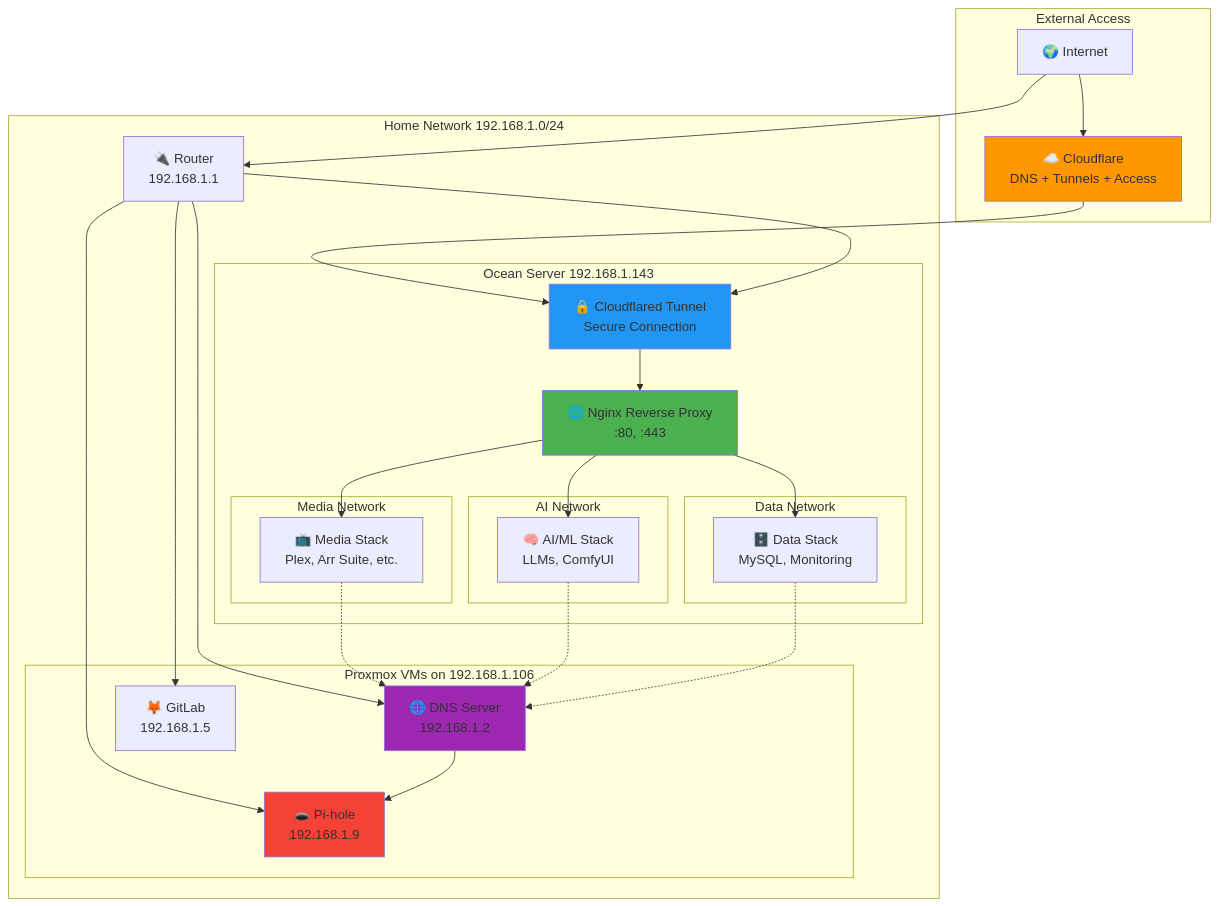
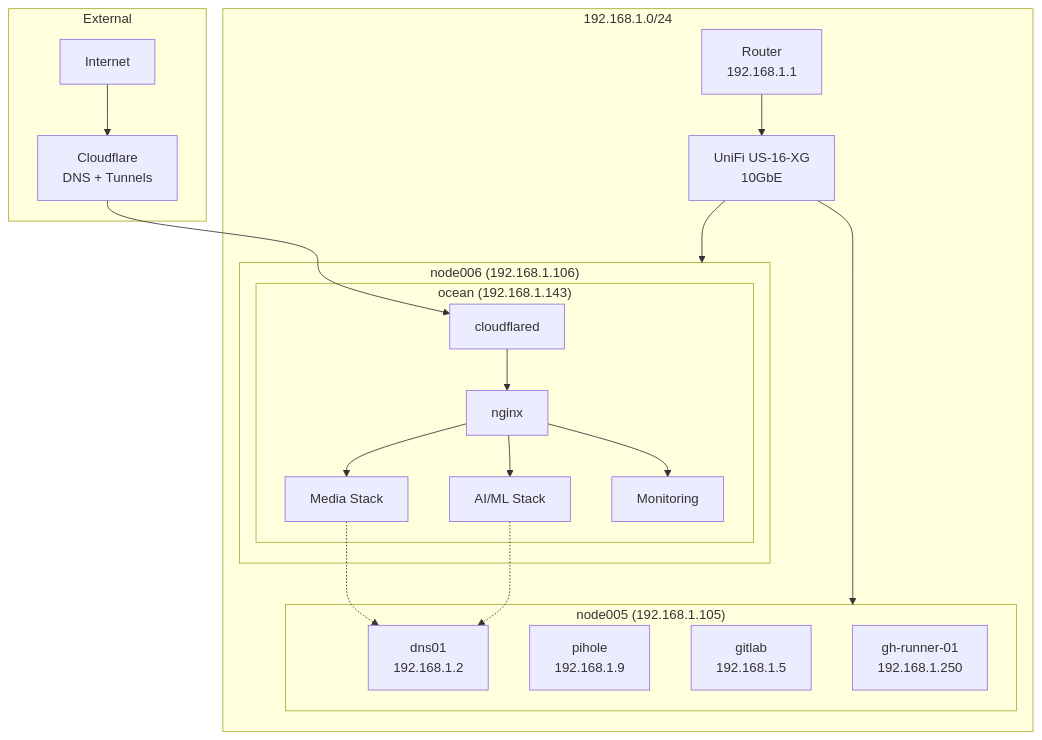
Before and after one commit to bluefishforsale/homelab: the diagram in docs/architecture/network-topology.md, drawn with Mermaid. The commit also changed other lines of this file and 73 other files, not shown here.

````diff
--- a/docs/architecture/network-topology.md
+++ b/docs/architecture/network-topology.md
@@ -3,58 +9,43 @@
 ```mermaid
 graph TB
-    subgraph "External Access"
-        Internet[🌍 Internet]
-        CF[☁️ Cloudflare<br/>DNS + Tunnels + Access]
+    subgraph External
+        Internet[Internet]
+        CF[Cloudflare<br/>DNS + Tunnels]
     end
     
-    subgraph "Home Network 192.168.1.0/24"
-        Router[🔌 Router<br/>192.168.1.1]
+    subgraph Network["192.168.1.0/24"]
+        Router[Router<br/>192.168.1.1]
+        Switch[UniFi US-16-XG<br/>10GbE]
         
-        subgraph "Ocean Server 192.168.1.143"
-            CFT[🔒 Cloudflared Tunnel<br/>Secure Connection]
-            RP[🌐 Nginx Reverse Proxy<br/>:80, :443]
-            
-            subgraph "Media Network"
-                MediaServices[📺 Media Stack<br/>Plex, Arr Suite, etc.]
-            end
-            
-            subgraph "AI Network" 
-                AIServices[🧠 AI/ML Stack<br/>LLMs, ComfyUI]
-            end
-            
-            subgraph "Data Network"
-                DataServices[🗄️ Data Stack<br/>MySQL, Monitoring]
-            end
+        subgraph node005["node005 (192.168.1.105)"]
+            DNS[dns01<br/>192.168.1.2]
+            PiHole[pihole<br/>192.168.1.9]
+            GitLab[gitlab<br/>192.168.1.5]
+            Runner[gh-runner-01<br/>192.168.1.250]
         end
         
-        subgraph "Proxmox VMs on 192.168.1.106"
-            DNS[🌐 DNS Server<br/>192.168.1.2]
-            PiHole[🕳️ Pi-hole<br/>192.168.1.9] 
-            GitLab[🦊 GitLab<br/>192.168.1.5]
+        subgraph node006["node006 (192.168.1.106)"]
+            subgraph ocean["ocean (192.168.1.143)"]
+                CFT[cloudflared]
+                RP[nginx]
+                Media[Media Stack]
+                AI[AI/ML Stack]
+                Mon[Monitoring]
+            end
         end
     end
     
     Internet --> CF
     CF --> CFT
     CFT --> RP
-    RP --> MediaServices
-    RP --> AIServices
-    RP --> DataServices
+    RP --> Media
+    RP --> AI
+    RP --> Mon
     
-    Internet --> Router
-    Router --> DNS
-    Router --> PiHole
-    Router --> GitLab
-    Router --> CFT
+    Router --> Switch
+    Switch --> node005
+    Switch --> node006
     
-    DNS --> PiHole
-    MediaServices -.-> DNS
-    AIServices -.-> DNS
-    DataServices -.-> DNS
-    
-    style CF fill:#ff9800
-    style CFT fill:#2196f3
-    style RP fill:#4caf50
-    style DNS fill:#9c27b0
-    style PiHole fill:#f44336
+    Media -.-> DNS
+    AI -.-> DNS
 ```
````
